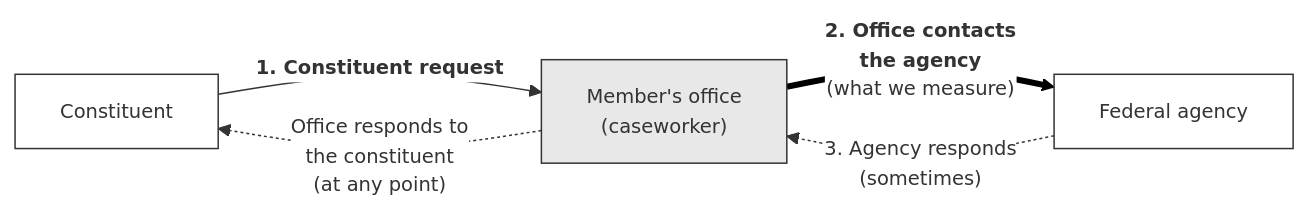
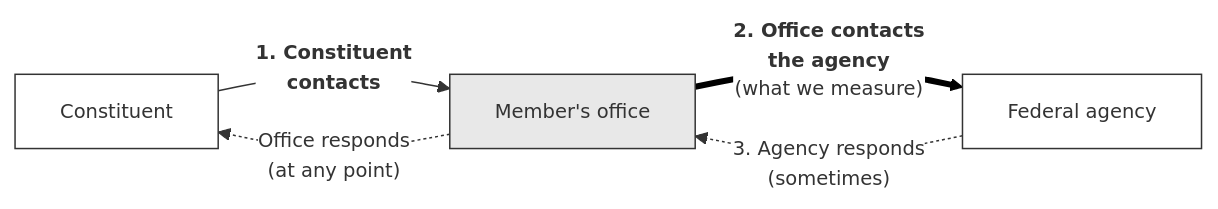
The sixth of 6 diagrams in causal.qmd (judgelord/cor-book), drawn with Mermaid before and after one commit. The commit also changed other lines of this file, not shown here.

````diff
--- a/causal.qmd
+++ b/causal.qmd
@@ -240,15 +236,15 @@
 ```{mermaid}
 %%{init: {"themeVariables": {"fontSize": "13px", "edgeLabelBackground": "#ffffff"}, "flowchart": {"htmlLabels": true, "curve": "basis"}}}%%
 flowchart LR
     C["Constituent"]
-    O["Member's office<br/>(caseworker)"]
+    O["Member's office"]
     A["Federal agency"]
-    C -->|"<b>1. Constituent request</b>"| O
+    C -->|"<b>1. Constituent <br/>contacts</b>"| O
   O ==>|"<b>2. Office contacts<br/>the agency</b><br/>(what we measure)"| A
     A -.->|"3. Agency responds<br/>(sometimes)"| O
-    O -.->|"Office responds to<br/>the constituent<br/>(at any point)"| C
+    O -.->|"Office responds <br/>(at any point)"| C
     linkStyle 1 stroke:#000,stroke-width:4px
     classDef default fill:#ffffff,stroke:#333
     classDef office fill:#e8e8e8,stroke:#333
     class O office
 ```
````
